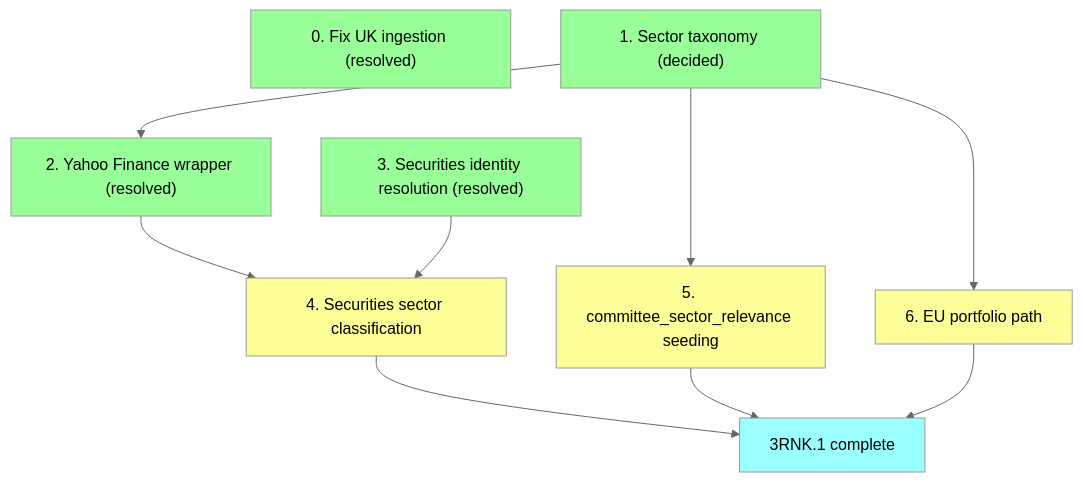
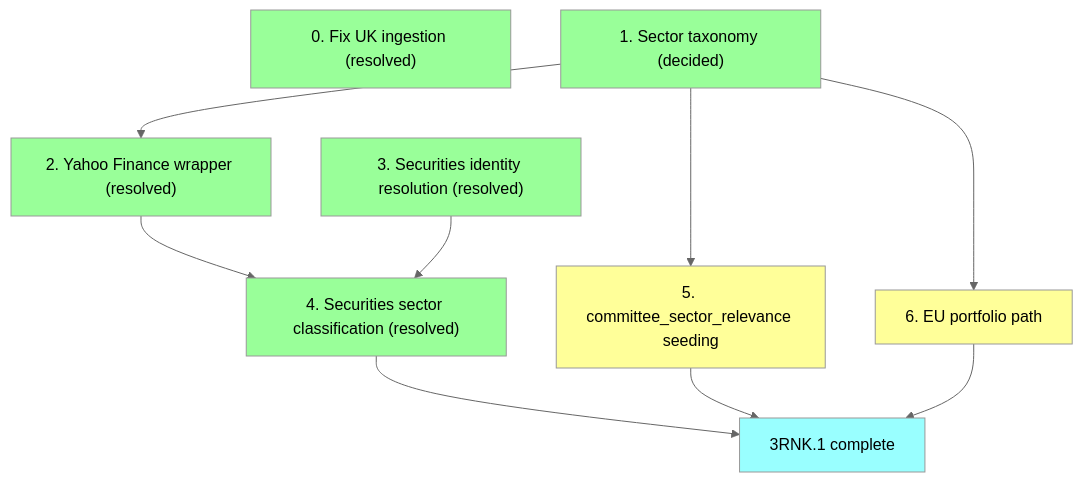
One commit to Oggie112/CrossBench changed the diagram in docs/plan/3rnk1-prerequisites.md. Above: the diagram before and after it, drawn with Mermaid (neutral theme). The commit also changed other lines of this file, not shown here.

First line of the commit message:
docs(plan): mark 3RNK.1 step 4 resolved

````diff
--- a/docs/plan/3rnk1-prerequisites.md
+++ b/docs/plan/3rnk1-prerequisites.md
@@ -68,25 +72,25 @@
 ```mermaid
 graph TD
   s0["0. Fix UK ingestion (resolved)"]:::done
   s1["1. Sector taxonomy (decided)"]:::done
   s2["2. Yahoo Finance wrapper (resolved)"]:::done
   s3["3. Securities identity resolution (resolved)"]:::done
-  s4["4. Securities sector classification"]:::open
+  s4["4. Securities sector classification (resolved)"]:::done
   s5["5. committee_sector_relevance seeding"]:::open
   s6["6. EU portfolio path"]:::open
   done3rnk["3RNK.1 complete"]:::mile
 
   s1 --> s2
   s2 --> s4
   s3 --> s4
   s1 --> s5
   s1 --> s6
   s4 --> done3rnk
   s5 --> done3rnk
   s6 --> done3rnk
 
   classDef indep fill:#ff9;
   classDef done fill:#9f9;
   classDef open fill:#ff9;
   classDef mile fill:#9ff;
 ```
````
